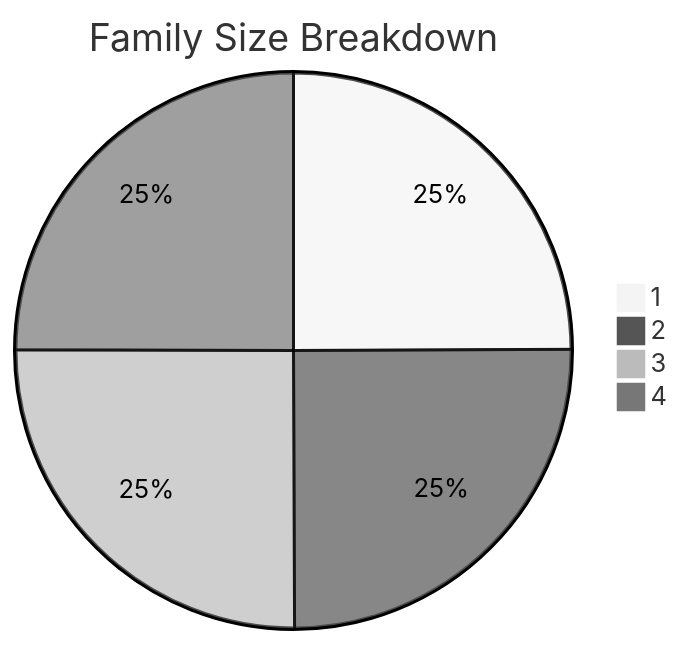
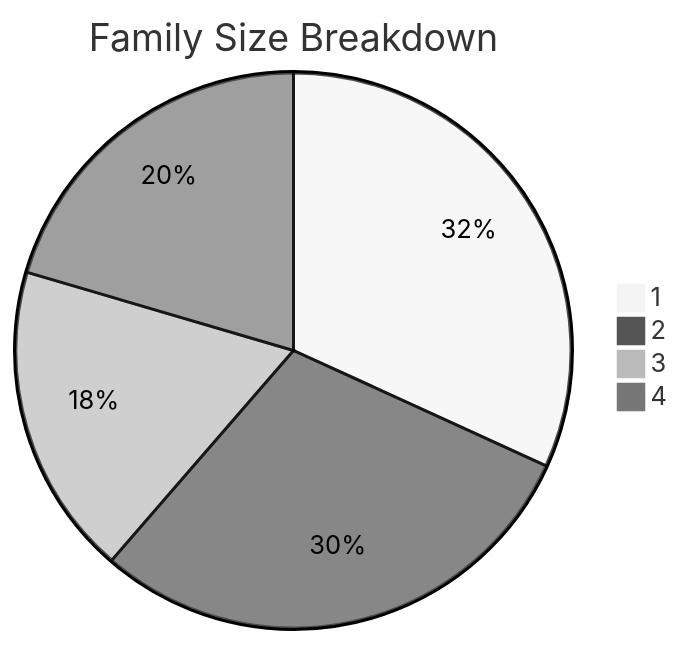
The sixth of 10 diagrams in test-tools/DataGen/src/Statistics_Visualizer.md (dhagan-va/intern-2025), drawn with Mermaid (neutral theme) before and after one commit. The commit also changed other lines of this file and 6 other files, not shown here.

````diff
--- a/test-tools/DataGen/src/Statistics_Visualizer.md
+++ b/test-tools/DataGen/src/Statistics_Visualizer.md
@@ -67,7 +67,7 @@
 ```mermaid
 pie title Family Size Breakdown
-    "1" : 9969
-    "2" : 10000
-    "3" : 10041
-    "4" : 9977
+    "1" : 14
+    "2" : 13
+    "3" : 8
+    "4" : 9
 ```
````
